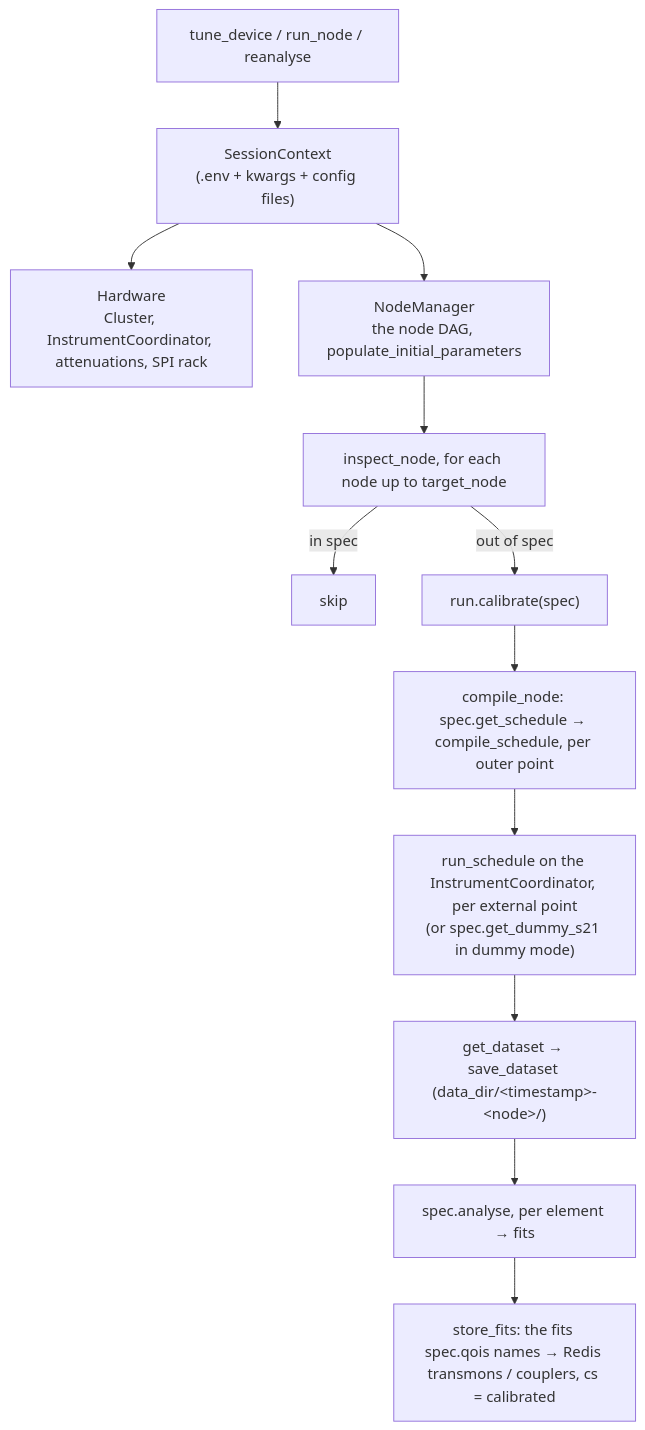
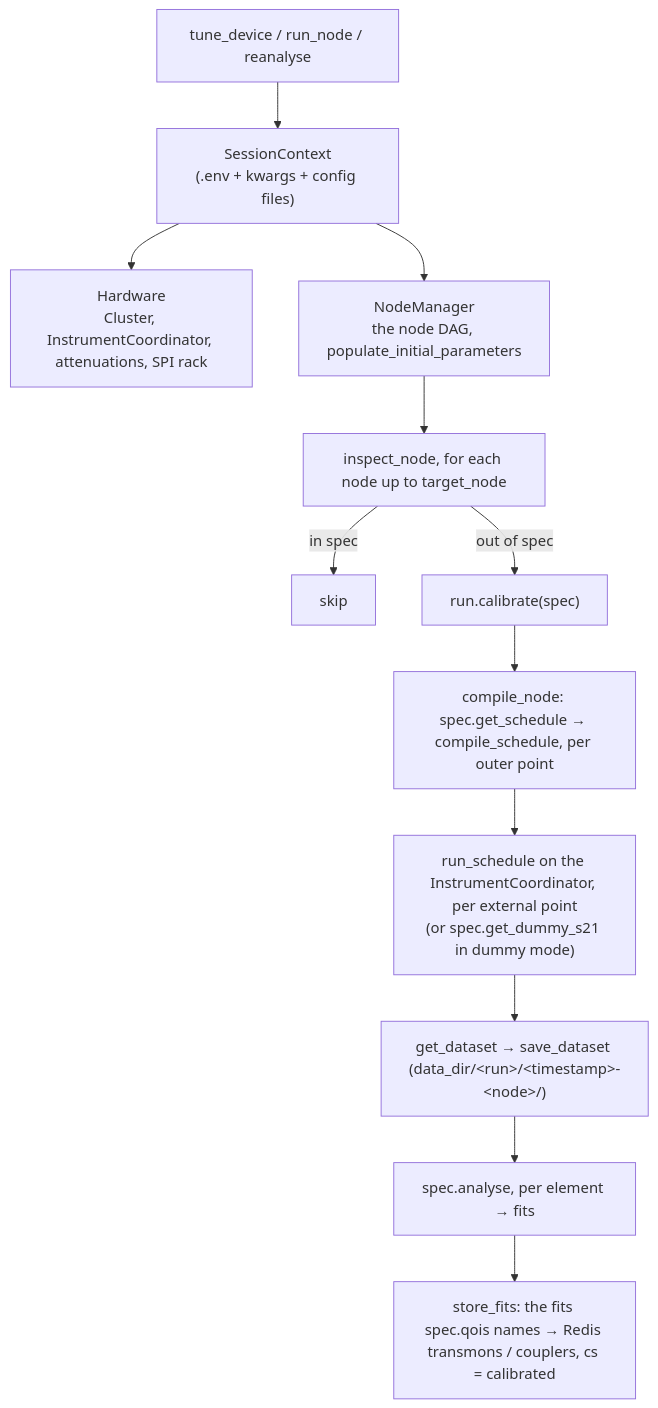
One commit to tergite/tergite-tuner changed the diagram in DESIGN.md. Above: the diagram before and after it, drawn with Mermaid. The commit also changed other lines of this file and 8 other files, not shown here.

First line of the commit message:
Delete only the run's own data folder

````diff
--- a/DESIGN.md
+++ b/DESIGN.md
@@ -22,14 +22,14 @@
 ```mermaid
 flowchart TD
     E["tune_device / run_node / reanalyse"] --> S["SessionContext<br/>(.env + kwargs + config files)"]
     S --> H["Hardware<br/>Cluster, InstrumentCoordinator, attenuations, SPI rack"]
     S --> M["NodeManager<br/>the node DAG, populate_initial_parameters"]
     M --> I["inspect_node, for each node up to target_node"]
     I -->|in spec| R["skip"]
     I -->|out of spec| N["run.calibrate(spec)"]
     N --> C["compile_node: spec.get_schedule → compile_schedule, per outer point"]
     C --> X["run_schedule on the InstrumentCoordinator, per external point<br/>(or spec.get_dummy_s21 in dummy mode)"]
-    X --> D["get_dataset → save_dataset (data_dir/&lt;timestamp&gt;-&lt;node&gt;/)"]
+    X --> D["get_dataset → save_dataset (data_dir/&lt;run&gt;/&lt;timestamp&gt;-&lt;node&gt;/)"]
     D --> A["spec.analyse, per element → fits"]
     A --> Q["store_fits: the fits spec.qois names → Redis transmons / couplers, cs = calibrated"]
 ```
````
